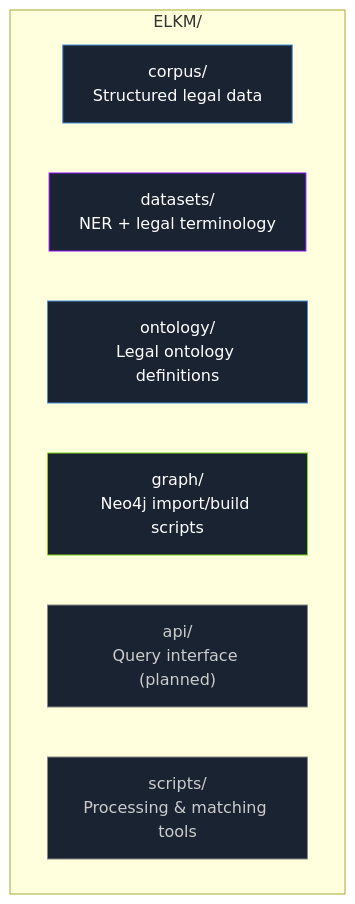
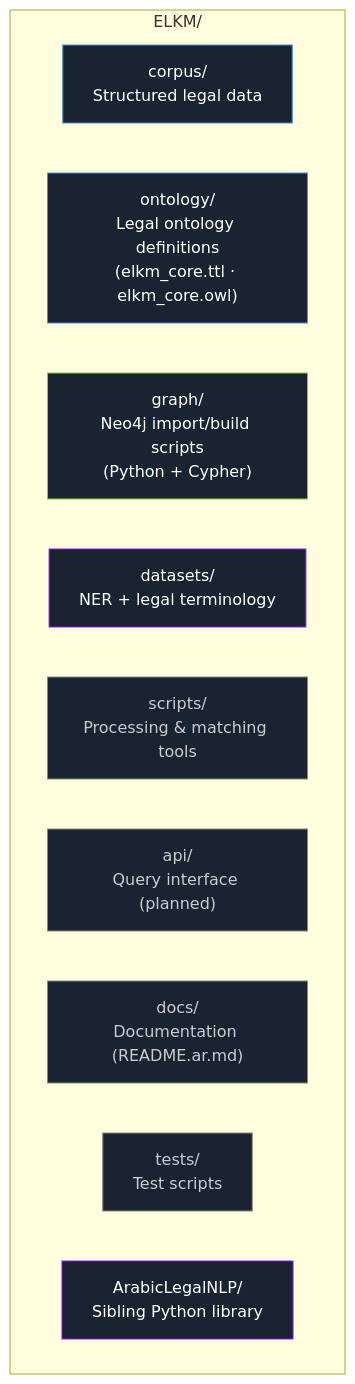
Before and after one commit to heshammalek/ELKM-Egyptian-Legal-Knowledge-Model: the second of 4 diagrams in README.md, drawn with Mermaid. The commit also changed other lines of this file, not shown here.

First line of the commit message:
Enhance README with ELKM project details and value

````diff
--- a/README.md
+++ b/README.md
@@ -157,18 +222,24 @@
 ```mermaid
 flowchart TB
     subgraph root ["ELKM/"]
         corpus["corpus/<br/>Structured legal data"]
+        ontology["ontology/<br/>Legal ontology definitions<br/>(elkm_core.ttl · elkm_core.owl)"]
+        graphdir["graph/<br/>Neo4j import/build scripts<br/>(Python + Cypher)"]
         datasets["datasets/<br/>NER + legal terminology"]
-        ontology["ontology/<br/>Legal ontology definitions"]
-        graphdir["graph/<br/>Neo4j import/build scripts"]
+        scripts["scripts/<br/>Processing & matching tools"]
         api["api/<br/>Query interface (planned)"]
-        scripts["scripts/<br/>Processing & matching tools"]
+        docs["docs/<br/>Documentation (README.ar.md)"]
+        tests["tests/<br/>Test scripts"]
+        arabicnlp["ArabicLegalNLP/<br/>Sibling Python library"]
     end
 
     style corpus fill:#1a2332,stroke:#4a90d9,color:#fff
-    style datasets fill:#1a2332,stroke:#9013fe,color:#fff
     style ontology fill:#1a2332,stroke:#4a90d9,color:#fff
     style graphdir fill:#1a2332,stroke:#7ed321,color:#fff
+    style datasets fill:#1a2332,stroke:#9013fe,color:#fff
+    style scripts fill:#1a2332,stroke:#888,color:#ccc
     style api fill:#1a2332,stroke:#888,color:#ccc
-    style scripts fill:#1a2332,stroke:#888,color:#ccc
+    style docs fill:#1a2332,stroke:#888,color:#ccc
+    style tests fill:#1a2332,stroke:#888,color:#ccc
+    style arabicnlp fill:#1a2332,stroke:#9013fe,color:#fff
 ```
````
